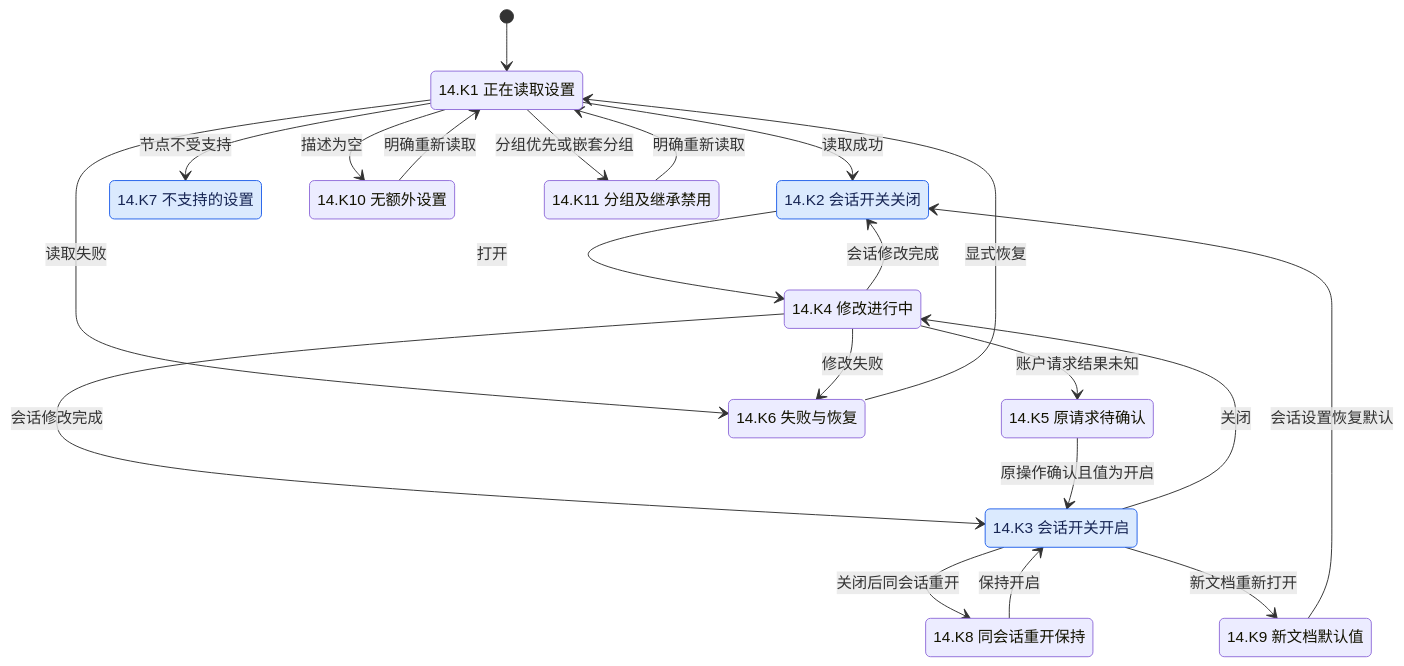
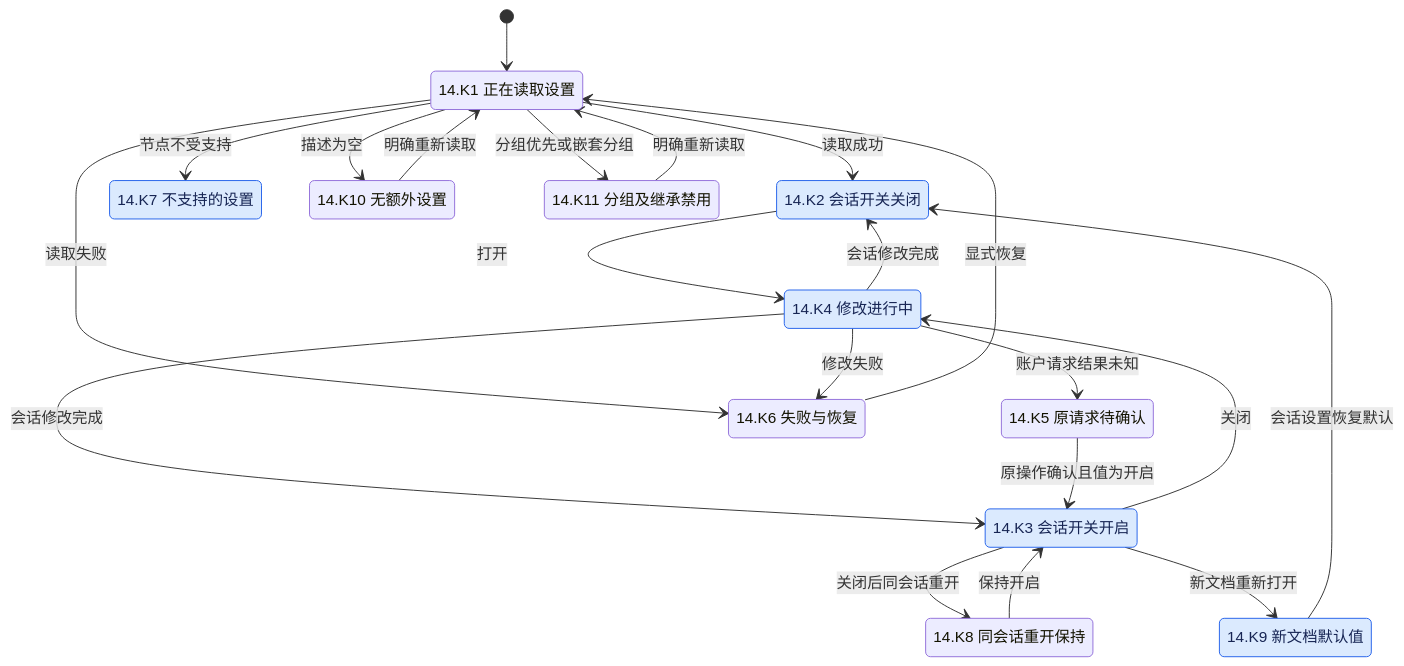
One commit to Wybxc/karuyomi changed diagram 19 of 20 in docs/verification/mihon-state-coverage.md. Above: the diagram before and after it, drawn with Mermaid. The commit also changed other lines of this file and 3 other files, not shown here.

Commit message:
docs(ui): record editor flow acceptance

````diff
--- a/docs/verification/mihon-state-coverage.md
+++ b/docs/verification/mihon-state-coverage.md
@@ -1658,36 +1662,36 @@
 ```mermaid
 stateDiagram-v2
     [*] --> LoadingPreferences
     state "14.K1 正在读取设置" as LoadingPreferences
     state "14.K2 会话开关关闭" as ToggleOff
     state "14.K3 会话开关开启" as ToggleOn
     state "14.K4 修改进行中" as ChangingPreference
     state "14.K5 原请求待确认" as PreferencePending
     state "14.K6 失败与恢复" as PreferenceFailed
     state "14.K7 不支持的设置" as UnsupportedPreference
     state "14.K8 同会话重开保持" as SessionReopened
     state "14.K9 新文档默认值" as NewDocument
     state "14.K10 无额外设置" as EmptyPreferences
     state "14.K11 分组及继承禁用" as GroupedPreferences
     LoadingPreferences --> ToggleOff: 读取成功
     LoadingPreferences --> PreferenceFailed: 读取失败
     ToggleOff --> ChangingPreference: 打开
     ToggleOn --> ChangingPreference: 关闭
     ChangingPreference --> ToggleOn: 会话修改完成
     ChangingPreference --> ToggleOff: 会话修改完成
     ChangingPreference --> PreferencePending: 账户请求结果未知
     ChangingPreference --> PreferenceFailed: 修改失败
     PreferencePending --> ToggleOn: 原操作确认且值为开启
     PreferenceFailed --> LoadingPreferences: 显式恢复
     ToggleOn --> SessionReopened: 关闭后同会话重开
     SessionReopened --> ToggleOn: 保持开启
     ToggleOn --> NewDocument: 新文档重新打开
     NewDocument --> ToggleOff: 会话设置恢复默认
     LoadingPreferences --> UnsupportedPreference: 节点不受支持
     LoadingPreferences --> EmptyPreferences: 描述为空
     LoadingPreferences --> GroupedPreferences: 分组优先或嵌套分组
     EmptyPreferences --> LoadingPreferences: 明确重新读取
     GroupedPreferences --> LoadingPreferences: 明确重新读取
     classDef paired fill:#dbeafe,color:#172554,stroke:#2563eb
-    class ToggleOff,ToggleOn,UnsupportedPreference paired
+    class ToggleOff,ToggleOn,ChangingPreference,UnsupportedPreference,NewDocument paired
 ```
````
